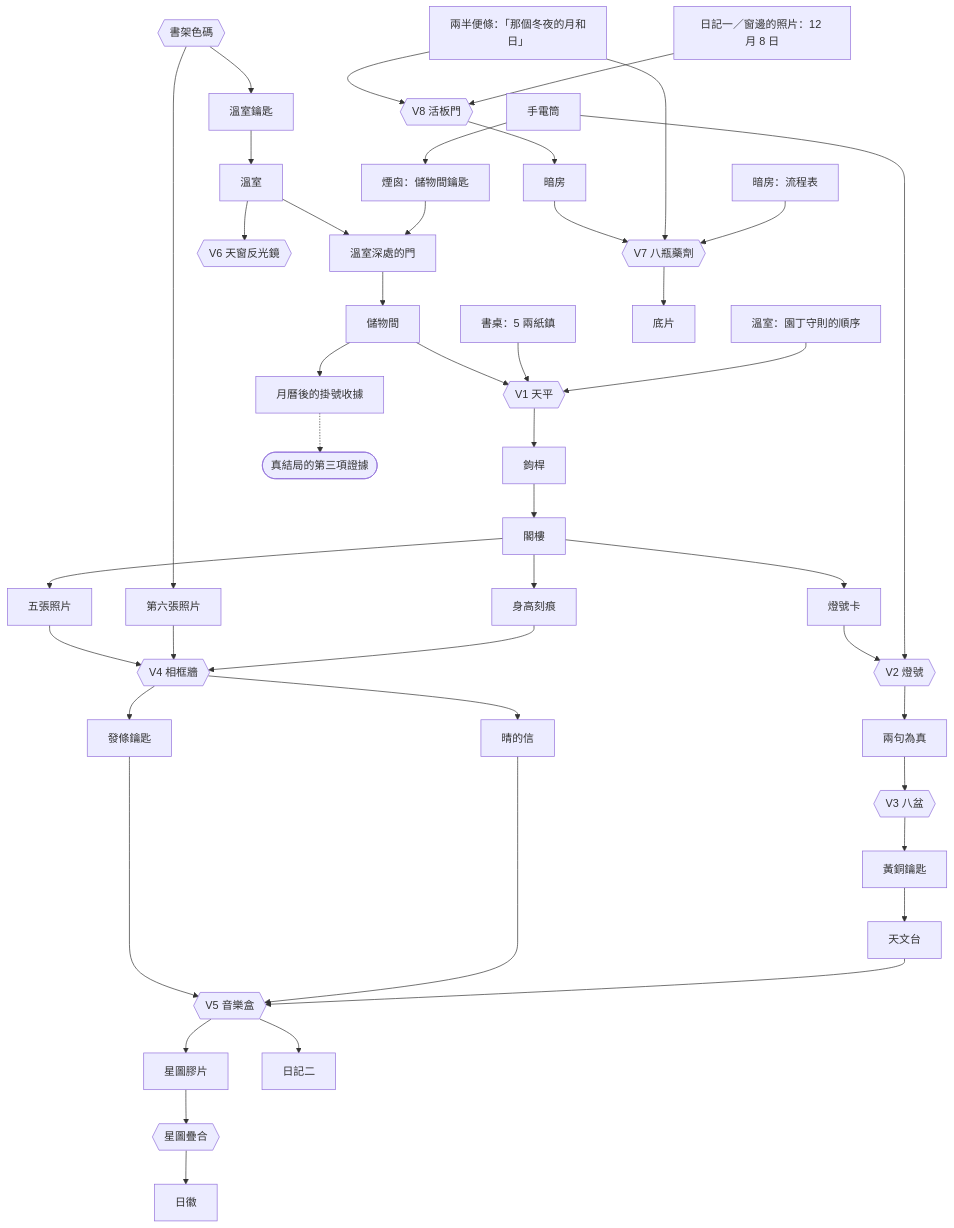
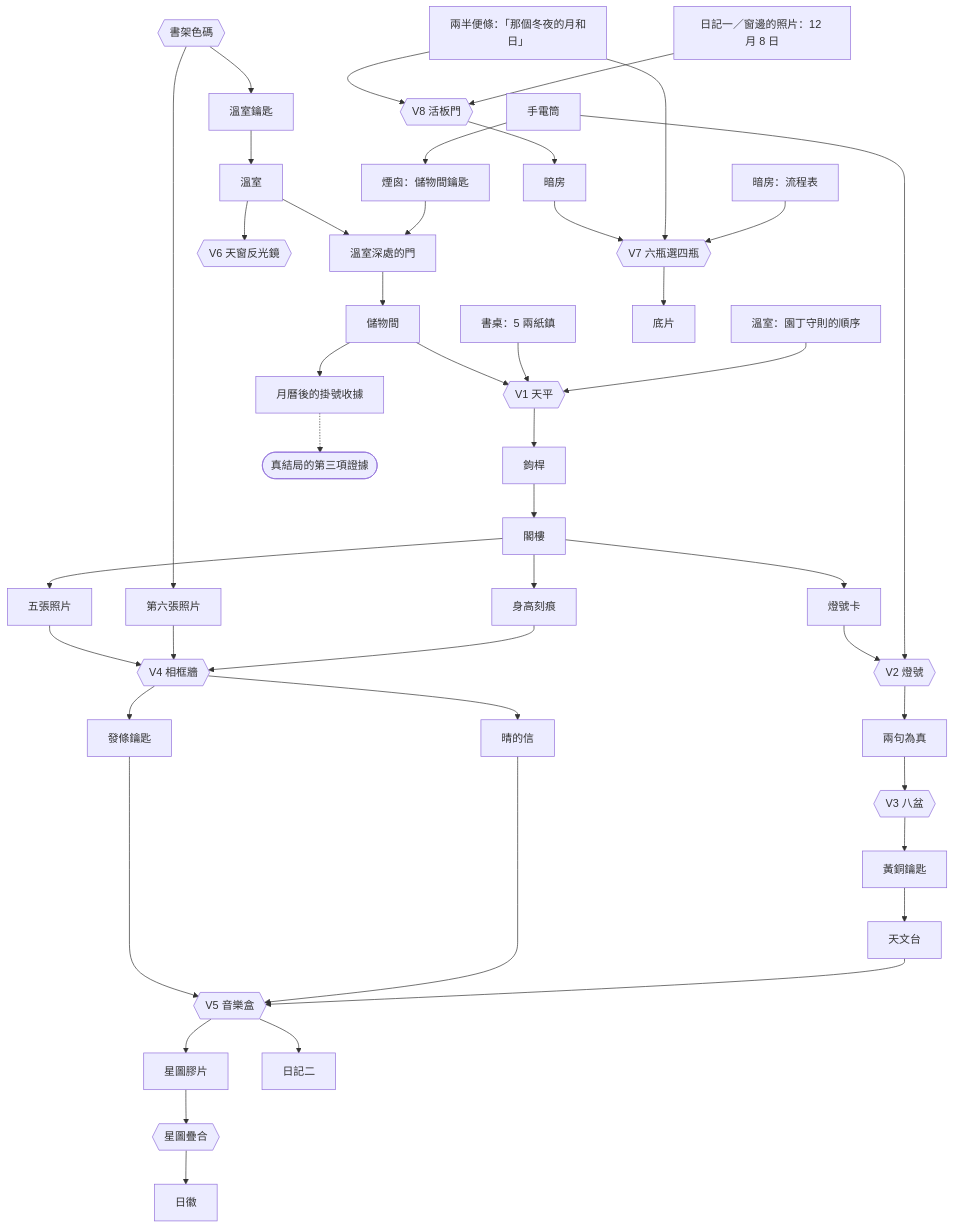
Before and after one commit to SteJ20996/Escape_Room: the second of 2 diagrams in docs/DESIGN.md, drawn with Mermaid. The commit also changed other lines of this file and 13 other files, not shown here.

````diff
--- a/docs/DESIGN.md
+++ b/docs/DESIGN.md
@@ -252,20 +252,20 @@
 ```mermaid
 flowchart TD
   P1{{書架色碼}} --> KEY[溫室鑰匙] & PHE[第六張照片]
   COAT[手電筒] --> FIRE[煙囪：儲物間鑰匙]
   DESK[書桌：5 兩紙鎮]
   KEY --> GH[溫室] --> SD[溫室深處的門] --> ST[儲物間]
   FIRE --> SD
   ST --> BAL{{V1 天平}}
   DESK & RULES[溫室：園丁守則的順序] --> BAL --> POLE[鉤桿] --> ATTIC[閣樓]
   ATTIC --> CARD[燈號卡] & BOX[五張照片] & MARKS[身高刻痕]
   CARD & COAT --> SIG{{V2 燈號}} --> TRUE2[兩句為真]
   TRUE2 --> POTS{{V3 八盆}} --> BK[黃銅鑰匙] --> OBS[天文台]
   BOX & PHE & MARKS --> PH{{V4 相框牆}} --> CRANK[發條鑰匙] & QL[晴的信]
   CRANK & QL & OBS --> MB{{V5 音樂盒}} --> TR[星圖膠片] & D2[日記二]
   TR --> SAFE{{星圖疊合}} --> SUN[日徽]
   GH --> MIR{{V6 天窗反光鏡}}
   NOTE[兩半便條：「那個冬夜的月和日」] & DATE[日記一／窗邊的照片：12 月 8 日] --> TRAP{{V8 活板門}} --> DARK[暗房]
-  DARK & NOTE & CHART[暗房：流程表] --> DEV{{V7 八瓶藥劑}} --> PLATE[底片]
+  DARK & NOTE & CHART[暗房：流程表] --> DEV{{V7 六瓶選四瓶}} --> PLATE[底片]
   ST --> CAL[月曆後的掛號收據] -.-> END([真結局的第三項證據])
 ```
````
